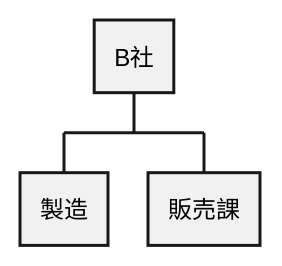
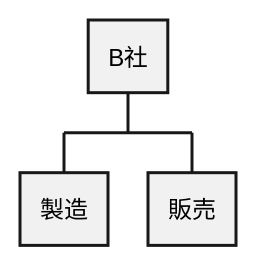
Before and after one commit to k2works/case-sutudy-business-analysis: the first of 16 diagrams in docs/case/r03_case_2.adoc, drawn with PlantUML. The commit also changed other lines of this file, not shown here.

```diff
--- a/docs/case/r03_case_2.adoc
+++ b/docs/case/r03_case_2.adoc
@@ -41,10 +41,10 @@
 [plantuml]
 ----
 @startwbs
 
 * B社
 ** 製造
-** 販売課
+** 販売
 
 @endwbs
 ----
```
